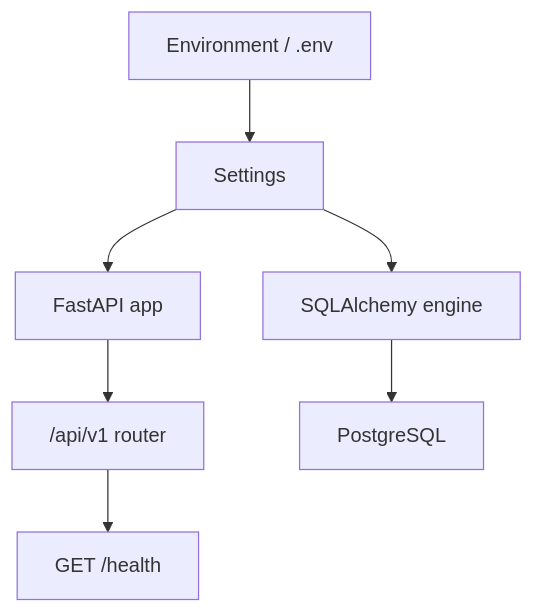
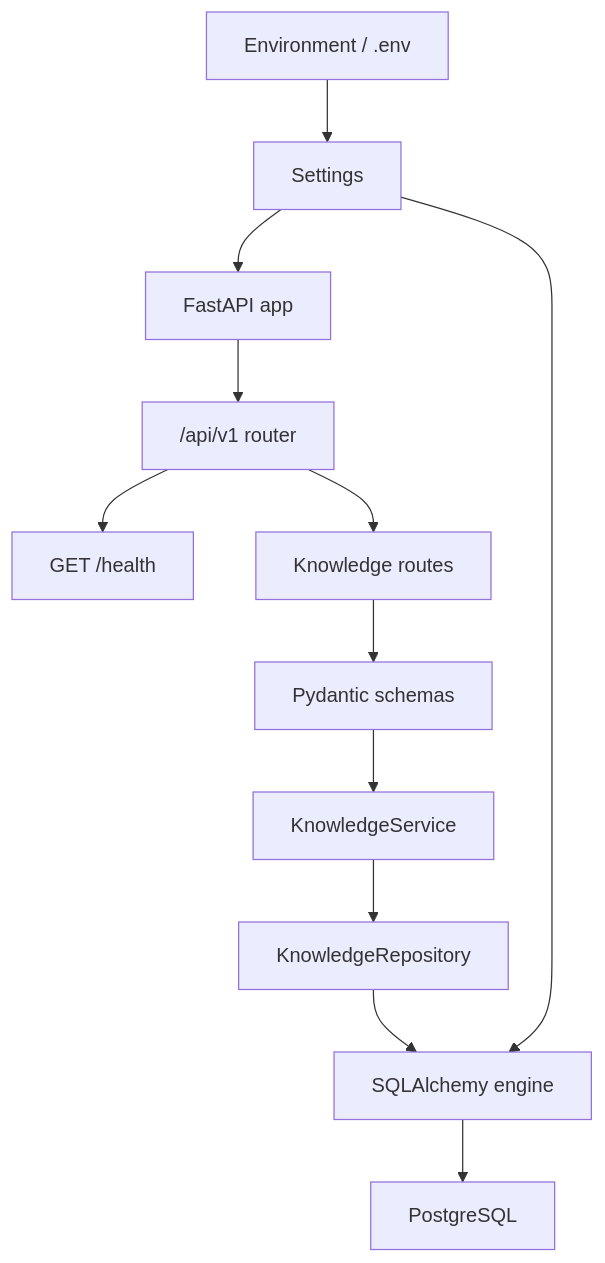
One commit to Dyuti60/assam-exam-ai changed the first of 3 diagrams in docs/architecture.md. Above: the diagram before and after it, drawn with Mermaid. The commit also changed other lines of this file and 13 other files, not shown here.

````diff
--- a/docs/architecture.md
+++ b/docs/architecture.md
@@ -32,9 +33,14 @@
 ```mermaid
 flowchart TD
     ENV["Environment / .env"] --> SETTINGS["Settings"]
     SETTINGS --> APP["FastAPI app"]
     SETTINGS --> ENGINE["SQLAlchemy engine"]
     APP --> ROUTER["/api/v1 router"]
     ROUTER --> HEALTH["GET /health"]
+    ROUTER --> KNOWLEDGE["Knowledge routes"]
+    KNOWLEDGE --> SCHEMAS["Pydantic schemas"]
+    SCHEMAS --> SERVICE["KnowledgeService"]
+    SERVICE --> REPOSITORY["KnowledgeRepository"]
+    REPOSITORY --> ENGINE
     ENGINE --> PG["PostgreSQL"]
 ```
````
